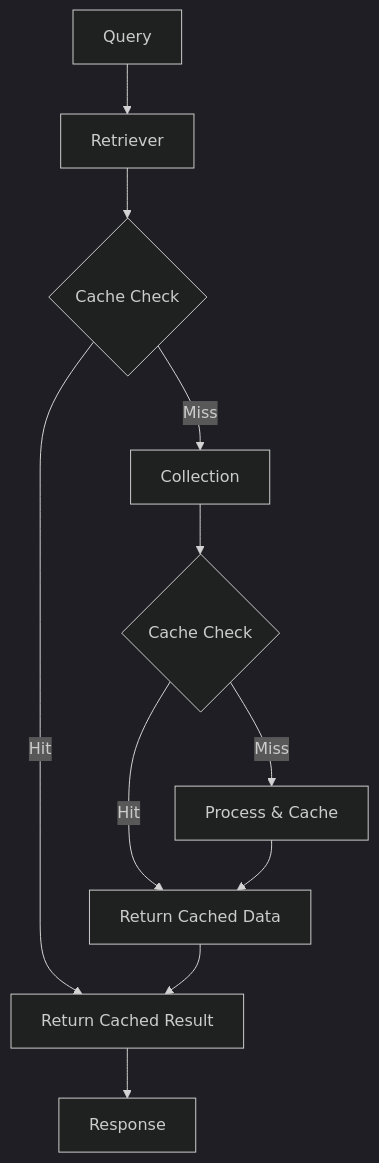
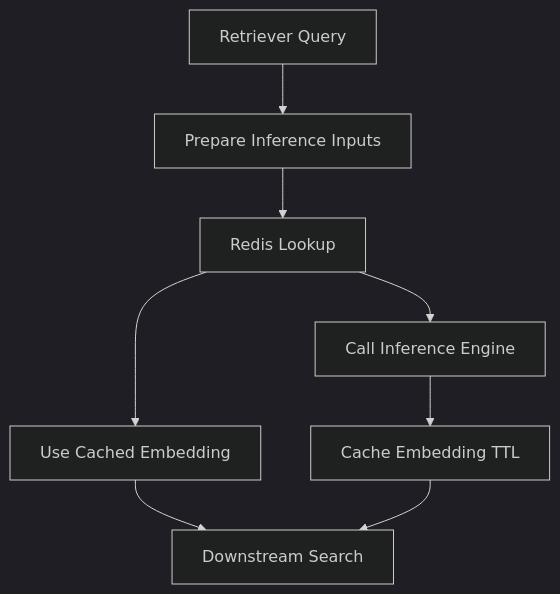
The diagram in overview/caching.mdx (mixpeek/docs), drawn with Mermaid (dark theme) before and after one commit. The commit also changed other lines of this file and 28 other files, not shown here.

````diff
--- a/overview/caching.mdx
+++ b/overview/caching.mdx
@@ -20,13 +18,10 @@
   ```mermaid
   graph TD
-    A[Query] --> B[Retriever]
-    B --> C{Cache Check}
-    C -->|Hit| D[Return Cached Result]
-    C -->|Miss| E[Collection]
-    E --> F{Cache Check}
-    F -->|Hit| G[Return Cached Data]
-    F -->|Miss| H[Process & Cache]
-    H --> G
-    G --> D
-    D --> I[Response]
+    Q[Retriever Query] --> P[Prepare Inference Inputs]
+    P --> L[Redis Lookup]
+    L --> U[Use Cached Embedding]
+    L --> C[Call Inference Engine]
+    C --> W[Cache Embedding TTL]
+    U --> S[Downstream Search]
+    W --> S[Downstream Search]
   ```
````
